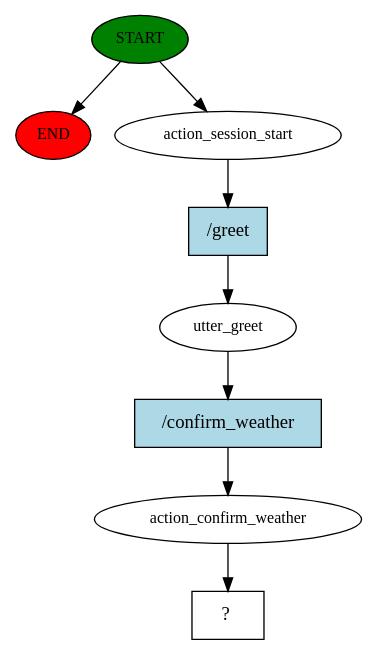
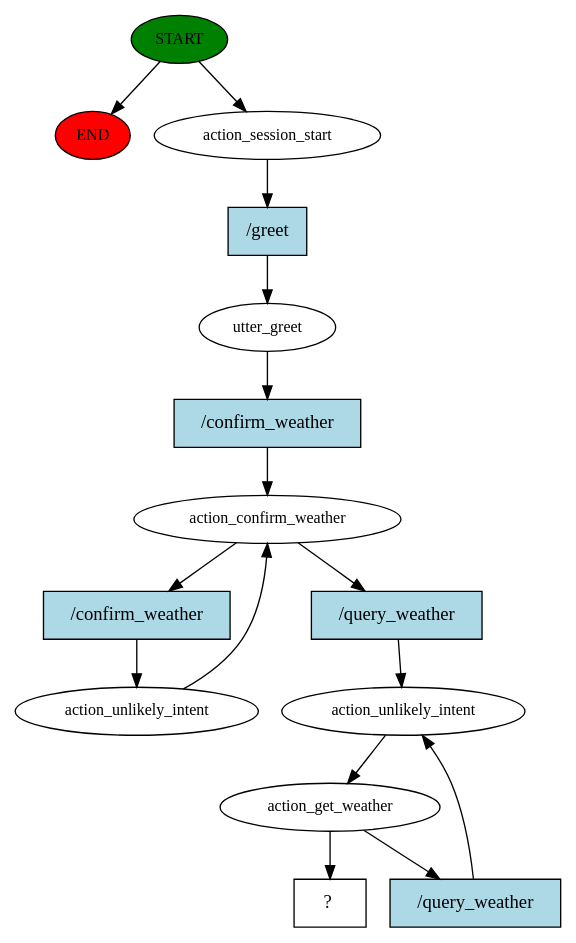
The diagram in rasa-assistant/story_graph.dot (BernardoLeandro1/PI), drawn with Graphviz before and after one commit. The commit also changed 250 other files, not shown here.

Commit message:
confirm weather

```diff
--- a/rasa-assistant/story_graph.dot
+++ b/rasa-assistant/story_graph.dot
@@ -1,17 +1,31 @@
 digraph  {
 0 [class="start active", fillcolor=green, fontsize=12, label=START, style=filled];
 "-1" [class=end, fillcolor=red, fontsize=12, label=END, style=filled];
 1 [class=active, fontsize=12, label=action_session_start];
 2 [class=active, fontsize=12, label=utter_greet];
 3 [class=active, fontsize=12, label=action_confirm_weather];
-4 [class="intent dashed active", label="  ?  ", shape=rect];
-5 [class="intent active", fillcolor=lightblue, label="/greet", shape=rect, style=filled];
-6 [class="intent active", fillcolor=lightblue, label="/confirm_weather", shape=rect, style=filled];
+4 [class=active, fontsize=12, label=action_unlikely_intent];
+8 [class=active, fontsize=12, label=action_unlikely_intent];
+9 [class=active, fontsize=12, label=action_get_weather];
+22 [class="intent dashed active", label="  ?  ", shape=rect];
+23 [class="intent active", fillcolor=lightblue, label="/greet", shape=rect, style=filled];
+24 [class="intent active", fillcolor=lightblue, label="/confirm_weather", shape=rect, style=filled];
+25 [class="intent active", fillcolor=lightblue, label="/confirm_weather", shape=rect, style=filled];
+26 [class="intent active", fillcolor=lightblue, label="/query_weather", shape=rect, style=filled];
+27 [class="intent active", fillcolor=lightblue, label="/query_weather", shape=rect, style=filled];
 0 -> "-1"  [class="", key=NONE, label=""];
 0 -> 1  [class=active, key=NONE, label=""];
-1 -> 5  [class=active, key=0];
-2 -> 6  [class=active, key=0];
-3 -> 4  [class=active, key=NONE, label=""];
-5 -> 2  [class=active, key=0];
-6 -> 3  [class=active, key=0];
+1 -> 23  [class=active, key=0];
+2 -> 24  [class=active, key=0];
+3 -> 25  [class=active, key=0];
+3 -> 26  [class=active, key=0];
+4 -> 3  [class=active, key=NONE, label=""];
+8 -> 9  [class=active, key=NONE, label=""];
+9 -> 22  [class=active, key=NONE, label=""];
+9 -> 27  [class=active, key=0];
+23 -> 2  [class=active, key=0];
+24 -> 3  [class=active, key=0];
+25 -> 4  [class=active, key=0];
+26 -> 8  [class=active, key=0];
+27 -> 8  [class=active, key=0];
 }
```
